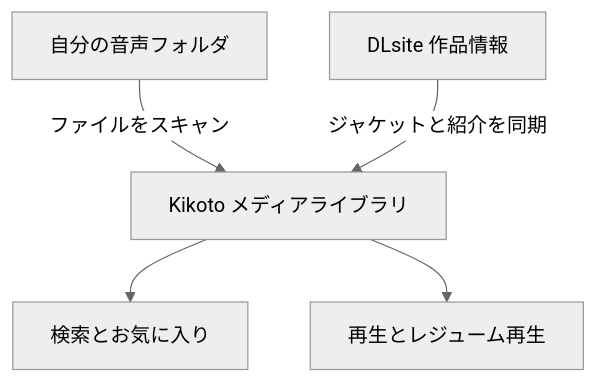
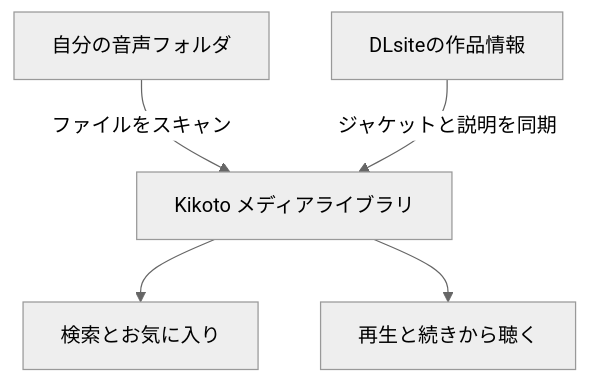
One commit to yexca/blog changed the first of 2 diagrams in content/ja-jp/posts/2026/2026-10-08 Kikoto.md. Above: the diagram before and after it, drawn with Mermaid (neutral theme). The commit also changed other lines of this file and 3 other files, not shown here.

````diff
--- a/content/ja-jp/posts/2026/2026-10-08 Kikoto.md
+++ b/content/ja-jp/posts/2026/2026-10-08 Kikoto.md
@@ -35,7 +38,7 @@
 ```mermaid
 flowchart TB
     A["自分の音声フォルダ"] -->|ファイルをスキャン| C["Kikoto メディアライブラリ"]
-    B["DLsite 作品情報"] -->|ジャケットと紹介を同期| C
+    B["DLsiteの作品情報"] -->|ジャケットと説明を同期| C
     C --> D["検索とお気に入り"]
-    C --> E["再生とレジューム再生"]
+    C --> E["再生と続きから聴く"]
 ```
````
